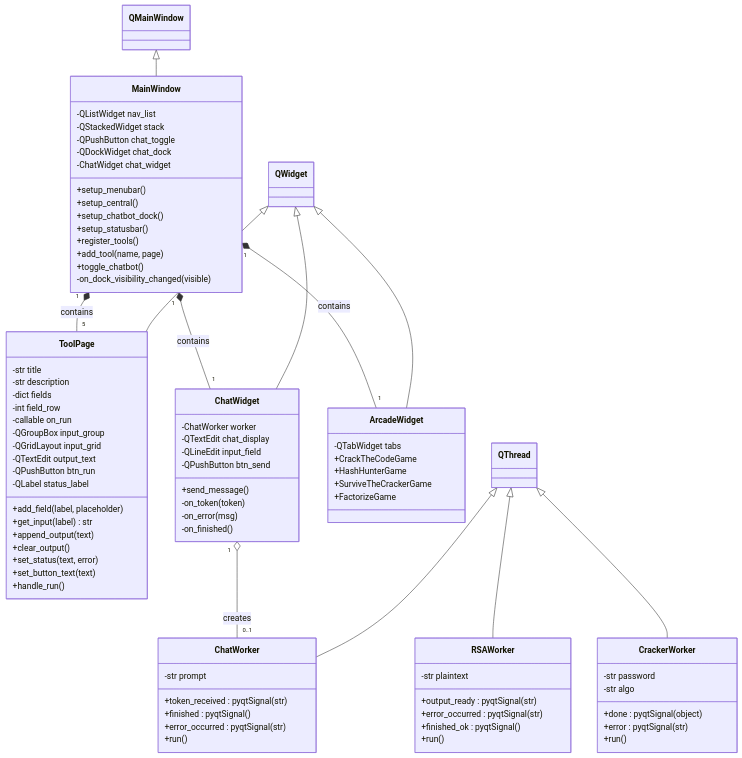
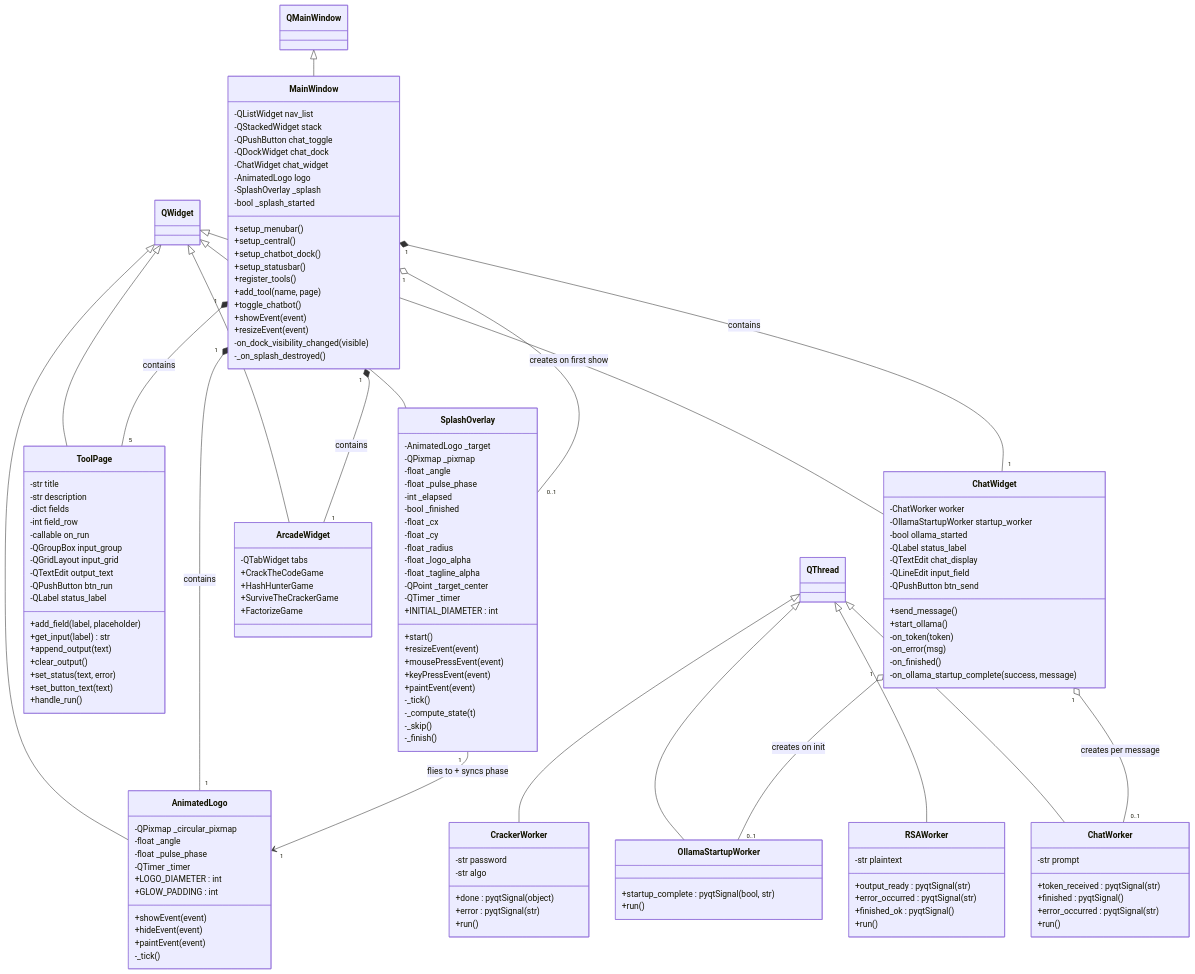
Before and after one commit to Mr-Robotiko/Gilfi: the first of 4 diagrams in src/frontend/README.md, drawn with Mermaid. The commit also changed other lines of this file, not shown here.

````diff
--- a/src/frontend/README.md
+++ b/src/frontend/README.md
@@ -135,6 +129,9 @@
         -QPushButton chat_toggle
         -QDockWidget chat_dock
         -ChatWidget chat_widget
+        -AnimatedLogo logo
+        -SplashOverlay _splash
+        -bool _splash_started
         +setup_menubar()
         +setup_central()
         +setup_chatbot_dock()
@@ -142,7 +139,49 @@
         +register_tools()
         +add_tool(name, page)
         +toggle_chatbot()
+        +showEvent(event)
+        +resizeEvent(event)
         -on_dock_visibility_changed(visible)
+        -_on_splash_destroyed()
+    }
+
+    class AnimatedLogo {
+        -QPixmap _circular_pixmap
+        -float _angle
+        -float _pulse_phase
+        -QTimer _timer
+        +LOGO_DIAMETER : int
+        +GLOW_PADDING : int
+        +showEvent(event)
+        +hideEvent(event)
+        +paintEvent(event)
+        -_tick()
+    }
+
+    class SplashOverlay {
+        -AnimatedLogo _target
+        -QPixmap _pixmap
+        -float _angle
+        -float _pulse_phase
+        -int _elapsed
+        -bool _finished
+        -float _cx
+        -float _cy
+        -float _radius
+        -float _logo_alpha
+        -float _tagline_alpha
+        -QPoint _target_center
+        -QTimer _timer
+        +INITIAL_DIAMETER : int
+        +start()
+        +resizeEvent(event)
+        +mousePressEvent(event)
+        +keyPressEvent(event)
+        +paintEvent(event)
+        -_tick()
+        -_compute_state(t)
+        -_skip()
+        -_finish()
     }
 
     class ToolPage {
@@ -167,13 +206,18 @@
 
     class ChatWidget {
         -ChatWorker worker
+        -OllamaStartupWorker startup_worker
+        -bool ollama_started
+        -QLabel status_label
         -QTextEdit chat_display
         -QLineEdit input_field
         -QPushButton btn_send
         +send_message()
+        +start_ollama()
         -on_token(token)
         -on_error(msg)
         -on_finished()
+        -on_ollama_startup_complete(success, message)
     }
 
     class ChatWorker {
@@ -181,6 +225,11 @@
         +token_received : pyqtSignal(str)
         +finished : pyqtSignal()
         +error_occurred : pyqtSignal(str)
+        +run()
+    }
+
+    class OllamaStartupWorker {
+        +startup_complete : pyqtSignal(bool, str)
         +run()
     }
 
@@ -212,12 +261,19 @@
     QWidget <|-- ToolPage
     QWidget <|-- ChatWidget
     QWidget <|-- ArcadeWidget
+    QWidget <|-- AnimatedLogo
+    QWidget <|-- SplashOverlay
     QThread <|-- ChatWorker
+    QThread <|-- OllamaStartupWorker
     QThread <|-- RSAWorker
     QThread <|-- CrackerWorker
 
     MainWindow "1" *-- "5" ToolPage : contains
     MainWindow "1" *-- "1" ArcadeWidget : contains
     MainWindow "1" *-- "1" ChatWidget : contains
-    ChatWidget "1" o-- "0..1" ChatWorker : creates
+    MainWindow "1" *-- "1" AnimatedLogo : contains
+    MainWindow "1" o-- "0..1" SplashOverlay : creates on first show
+    SplashOverlay "1" --> "1" AnimatedLogo : flies to + syncs phase
+    ChatWidget "1" o-- "0..1" ChatWorker : creates per message
+    ChatWidget "1" o-- "0..1" OllamaStartupWorker : creates on init
 ```
````
